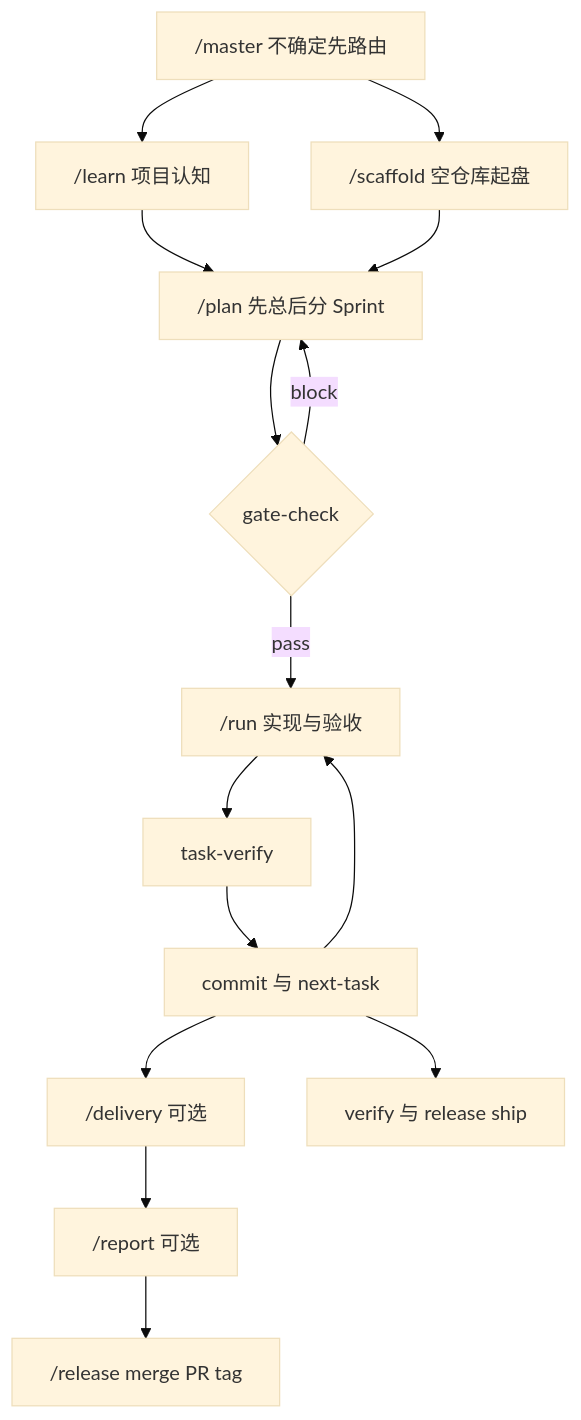
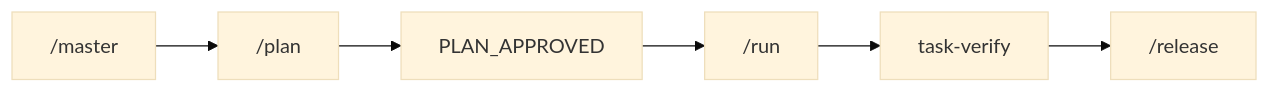
Before and after one commit to wangqiqi/cursor-ai: the diagram in README.md, drawn with Mermaid (base theme). The commit also changed other lines of this file and 4 other files, not shown here.

````diff
--- a/README.md
+++ b/README.md
@@ -132,17 +44,8 @@
 ```mermaid
-flowchart TB
-  master["/master 不确定先路由"] --> scaffold["/scaffold 空仓库起盘"]
-  master --> learn["/learn 项目认知"]
-  learn --> plan["/plan 先总后分 Sprint"]
-  scaffold --> plan
-  plan --> gate{"gate-check"}
-  gate -->|pass| run["/run 实现与验收"]
-  gate -->|block| plan
-  run --> tv["task-verify"]
-  tv --> commit["commit 与 next-task"]
-  commit --> run
-  commit --> delivery["/delivery 可选"]
-  delivery --> report["/report 可选"]
-  report --> release["/release merge PR tag"]
-  commit --> ship["verify 与 release ship"]
+flowchart LR
+  A["/master"] --> B["/plan"]
+  B --> C["PLAN_APPROVED"]
+  C --> D["/run"]
+  D --> E["task-verify"]
+  E --> F["/release"]
 ```
````
